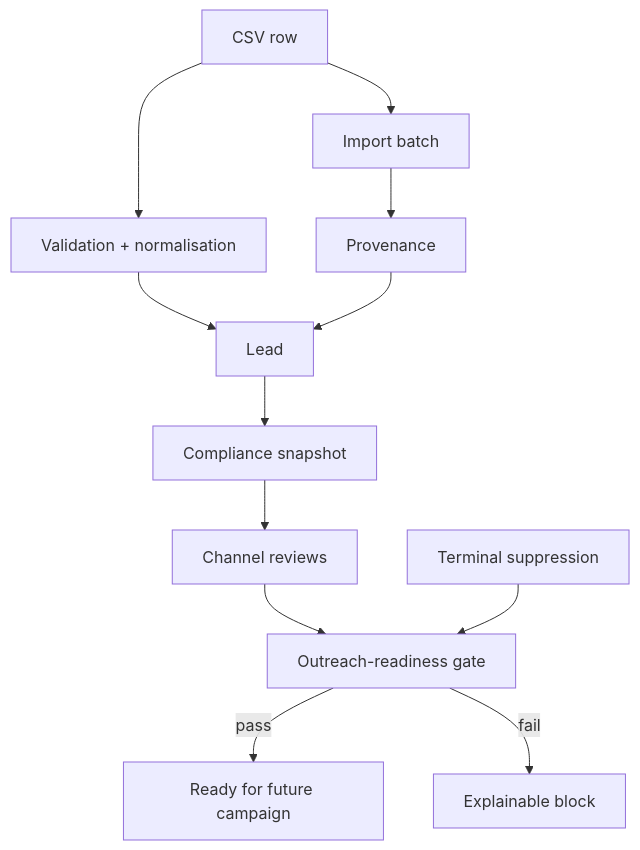
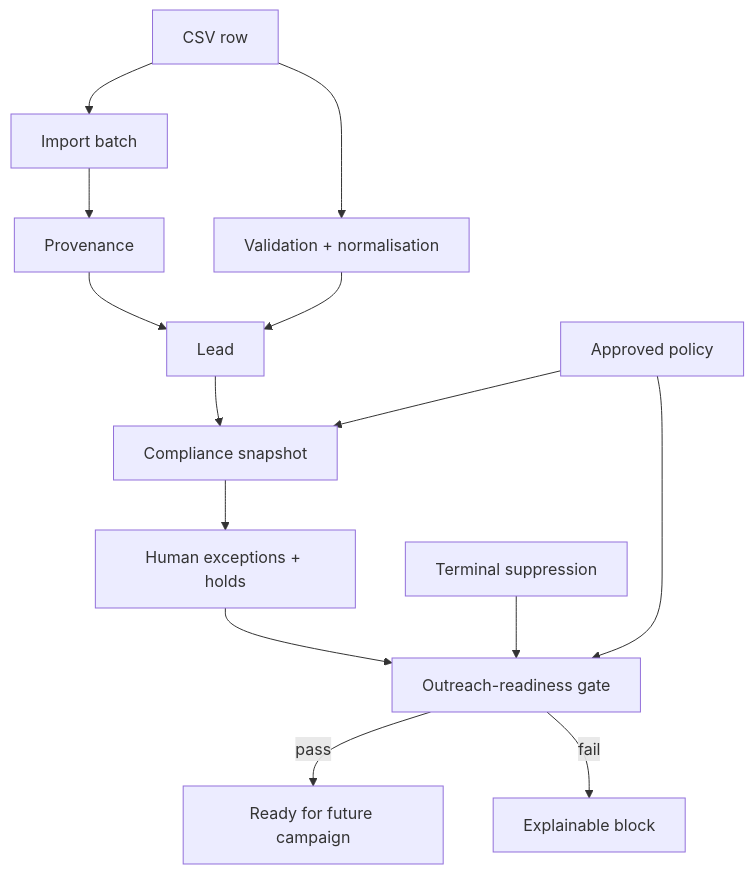
The sixth of 7 diagrams in docs/full-wadi-documentation.md (Herman-Gathege/webloom-sales-engine), drawn with Mermaid before and after one commit. The commit also changed other lines of this file and 60 other files, not shown here.

````diff
--- a/docs/full-wadi-documentation.md
+++ b/docs/full-wadi-documentation.md
@@ -192,14 +196,16 @@
 ```mermaid
 flowchart TD
     CSV[CSV row] --> BATCH[Import batch]
     CSV --> VALID[Validation + normalisation]
     VALID --> LEAD[Lead]
     BATCH --> PROV[Provenance]
     PROV --> LEAD
     LEAD --> EVAL[Compliance snapshot]
-    EVAL --> REVIEW[Channel reviews]
-    REVIEW --> GATE[Outreach-readiness gate]
+    POLICY[Approved policy] --> EVAL
+    EVAL --> REVIEW[Human exceptions + holds]
+    POLICY --> GATE[Outreach-readiness gate]
+    REVIEW --> GATE
     GATE -->|pass| READY[Ready for future campaign]
     GATE -->|fail| REASON[Explainable block]
     SUPPRESS[Terminal suppression] --> GATE
 ```
````
